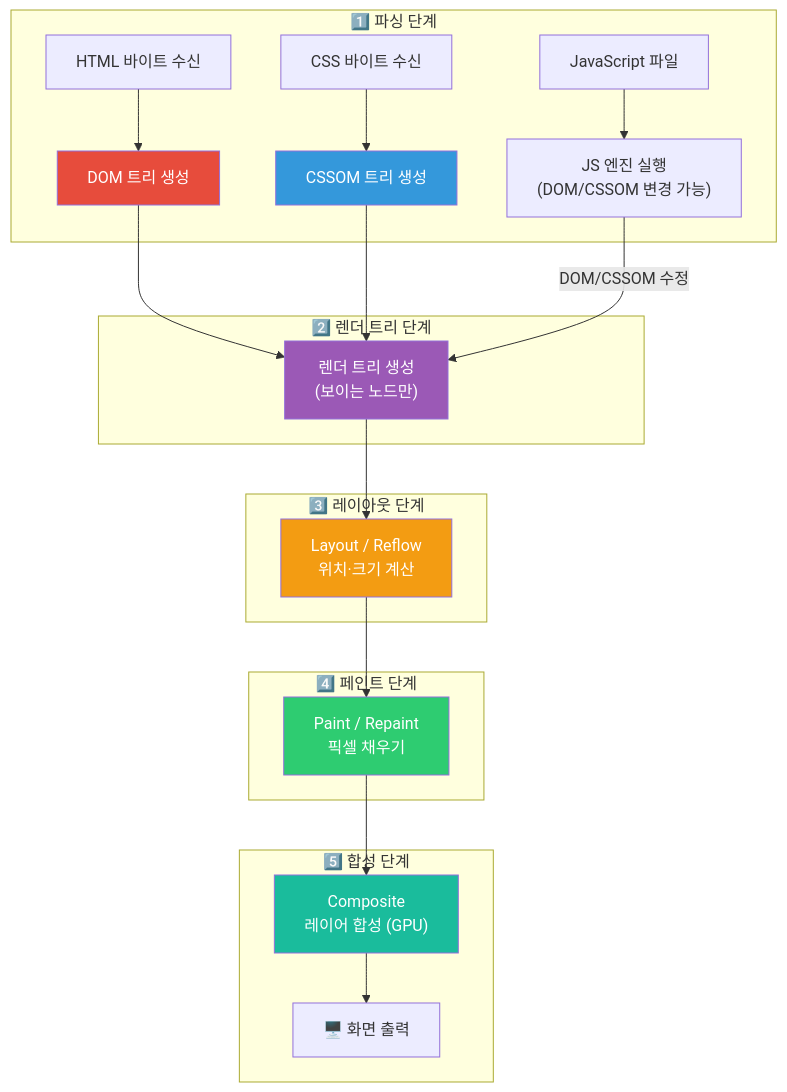
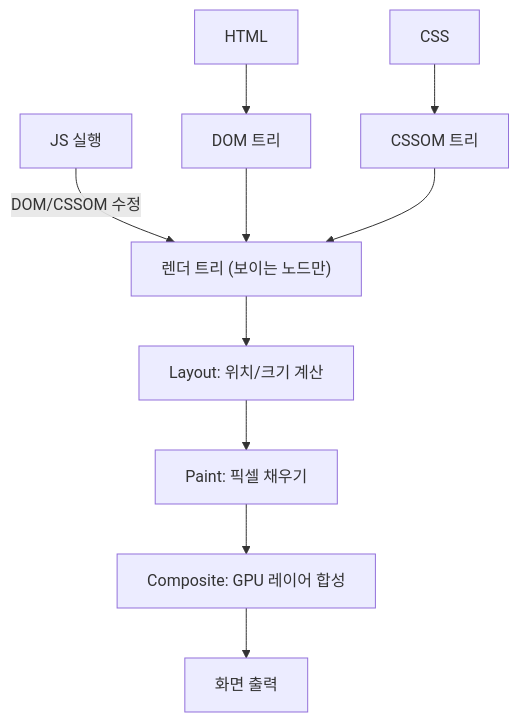
One commit to yjkim2015/yjkim2015.github.io changed the first of 8 diagrams in _posts/frontend/2026-05-01-browser-rendering.md. Above: the diagram before and after it, drawn with Mermaid. The commit also changed other lines of this file and 215 other files, not shown here.

First line of the commit message:
신규 포스트 10개 추가 + Mermaid 전면 축소 + SystemDesign 시리즈 보강

````diff
--- a/_posts/frontend/2026-05-01-browser-rendering.md
+++ b/_posts/frontend/2026-05-01-browser-rendering.md
@@ -30,34 +30,12 @@
 ```mermaid
 flowchart TD
-    subgraph "1️⃣ 파싱 단계"
-        HTML["HTML 바이트 수신"] --> DOM["DOM 트리 생성"]
-        CSS["CSS 바이트 수신"] --> CSSOM["CSSOM 트리 생성"]
-        JS["JavaScript 파일"] --> EXEC["JS 엔진 실행\n(DOM/CSSOM 변경 가능)"]
-    end
-
-    subgraph "2️⃣ 렌더 트리 단계"
-        DOM --> RT["렌더 트리 생성\n(보이는 노드만)"]
-        CSSOM --> RT
-        EXEC -->|DOM/CSSOM 수정| RT
-    end
-
-    subgraph "3️⃣ 레이아웃 단계"
-        RT --> LAYOUT["Layout / Reflow\n위치·크기 계산"]
-    end
-
-    subgraph "4️⃣ 페인트 단계"
-        LAYOUT --> PAINT["Paint / Repaint\n픽셀 채우기"]
-    end
-
-    subgraph "5️⃣ 합성 단계"
-        PAINT --> COMPOSITE["Composite\n레이어 합성 (GPU)"]
-        COMPOSITE --> SCREEN["🖥️ 화면 출력"]
-    end
-
-    style DOM fill:#e74c3c,color:#fff
-    style CSSOM fill:#3498db,color:#fff
-    style RT fill:#9b59b6,color:#fff
-    style LAYOUT fill:#f39c12,color:#fff
-    style PAINT fill:#2ecc71,color:#fff
-    style COMPOSITE fill:#1abc9c,color:#fff
+    HTML["HTML"] --> DOM["DOM 트리"]
+    CSS["CSS"] --> CSSOM["CSSOM 트리"]
+    JS["JS 실행"] -->|"DOM/CSSOM 수정"| RT
+    DOM --> RT["렌더 트리 (보이는 노드만)"]
+    CSSOM --> RT
+    RT --> LAYOUT["Layout: 위치/크기 계산"]
+    LAYOUT --> PAINT["Paint: 픽셀 채우기"]
+    PAINT --> COMPOSITE["Composite: GPU 레이어 합성"]
+    COMPOSITE --> SCREEN["화면 출력"]
 ```
````
